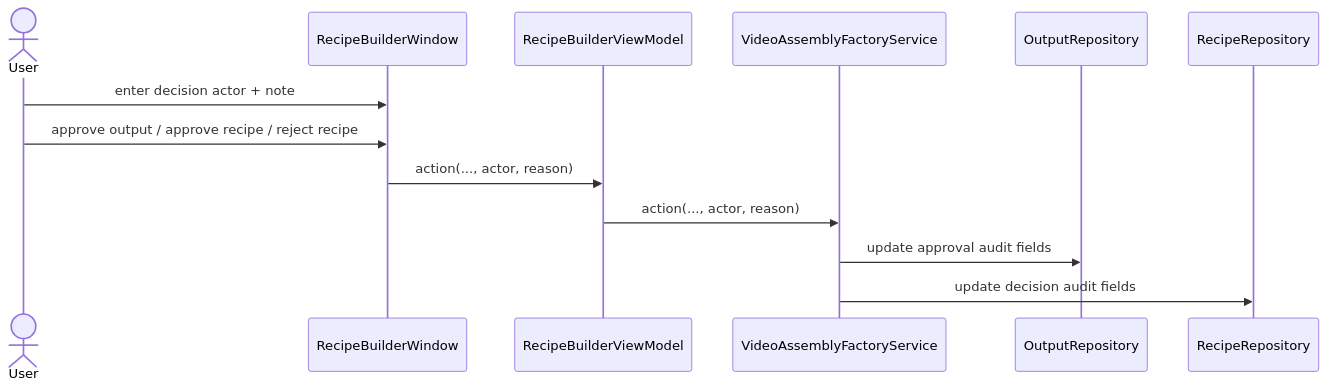
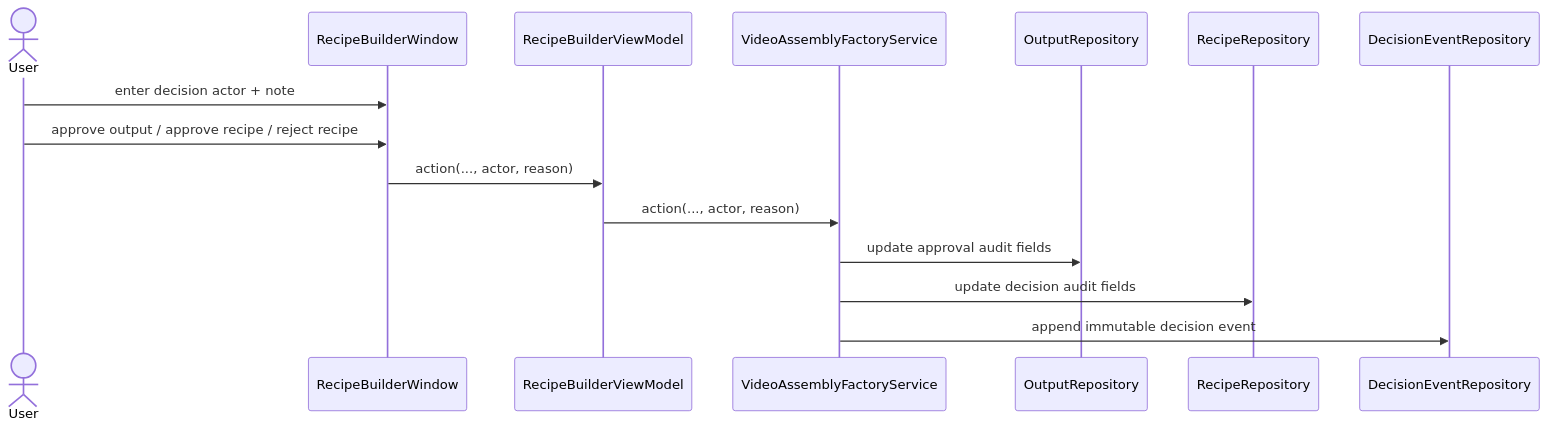
One commit to idev006/MTClipFactory changed the seventh of 12 diagrams in doc/10_UML_System_Overview.md. Above: the diagram before and after it, drawn with Mermaid. The commit also changed other lines of this file and 28 other files, not shown here.

Commit message:
Add immutable decision event history

````diff
--- a/doc/10_UML_System_Overview.md
+++ b/doc/10_UML_System_Overview.md
@@ -304,16 +312,18 @@
 ```mermaid
 sequenceDiagram
     actor User
     participant View as RecipeBuilderWindow
     participant VM as RecipeBuilderViewModel
     participant Factory as VideoAssemblyFactoryService
     participant Out as OutputRepository
     participant RecipeRepo as RecipeRepository
+    participant EventRepo as DecisionEventRepository
 
     User->>View: enter decision actor + note
     User->>View: approve output / approve recipe / reject recipe
     View->>VM: action(..., actor, reason)
     VM->>Factory: action(..., actor, reason)
     Factory->>Out: update approval audit fields
     Factory->>RecipeRepo: update decision audit fields
+    Factory->>EventRepo: append immutable decision event
 ```
````
